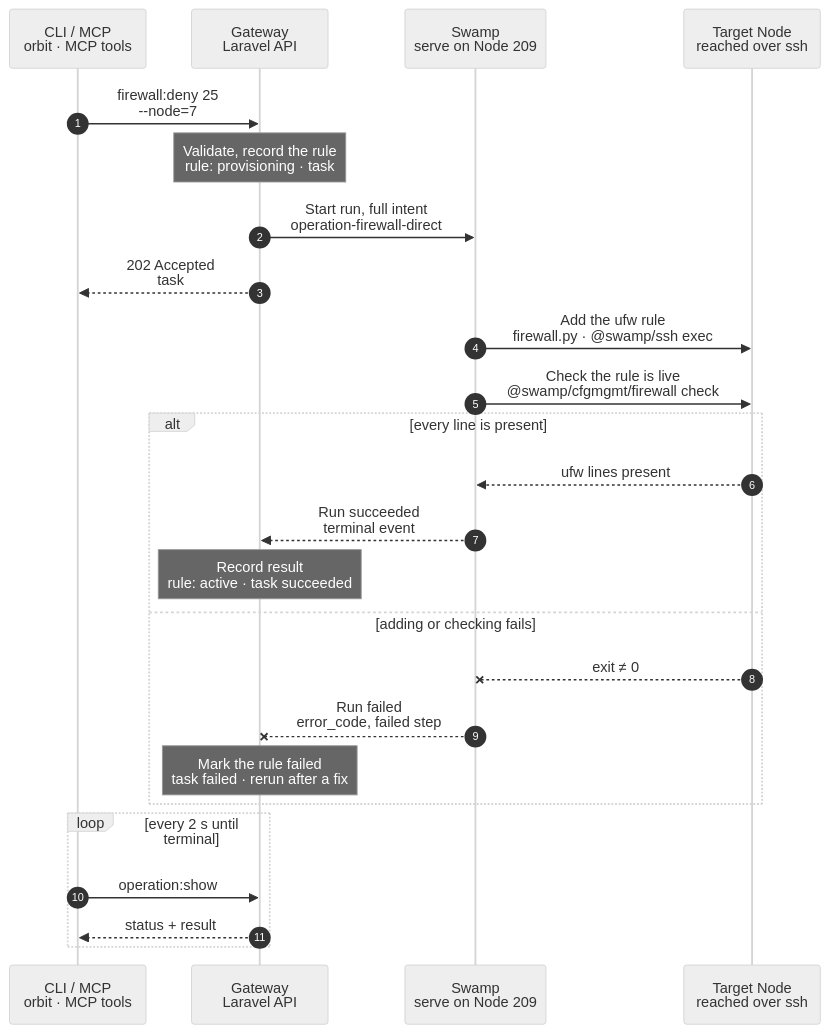
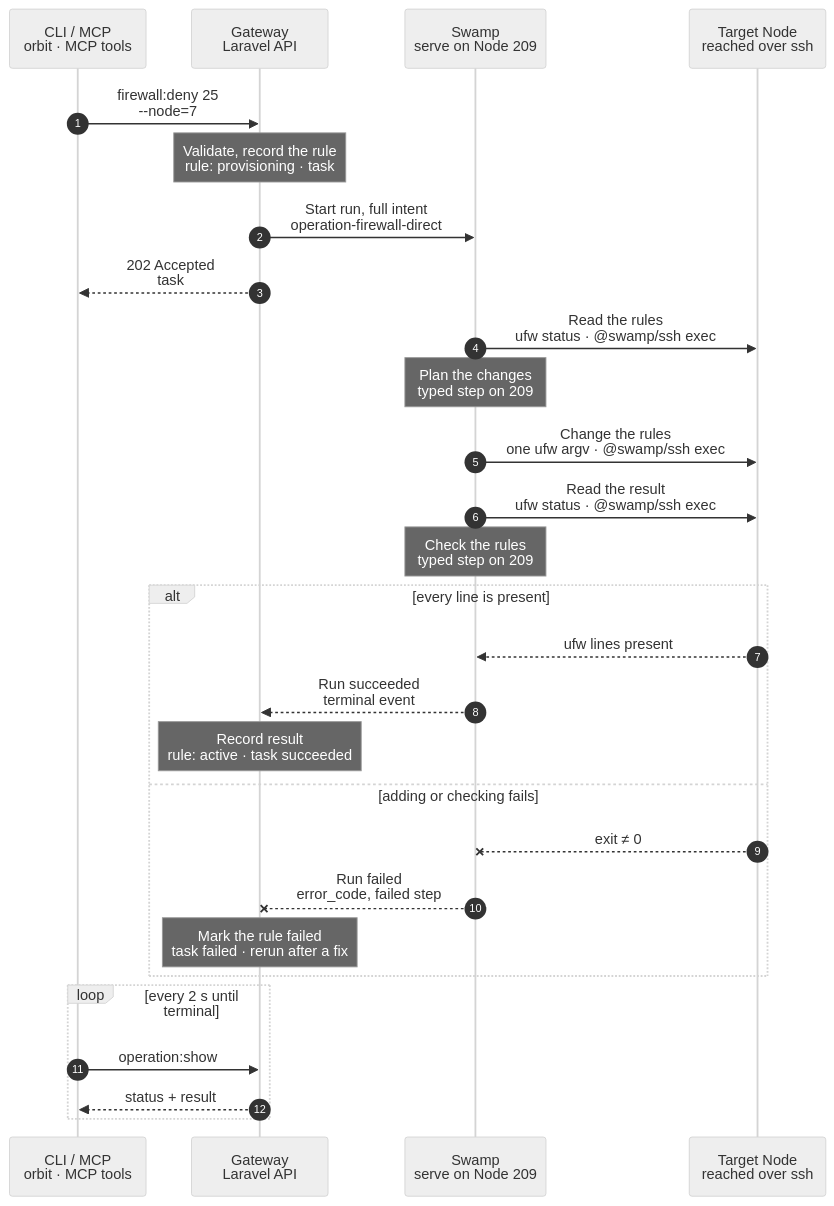
Before and after one commit to hardimpactdev/orbit: the diagram in docs/cli/firewall/deny.mmd, drawn with Mermaid (neutral theme). The commit also changed 19 other files, not shown here.

First line of the commit message:
feat(firewall): converge rules with one ufw argv per change; delete firewall.py (rule 22)

```diff
--- a/docs/cli/firewall/deny.mmd
+++ b/docs/cli/firewall/deny.mmd
@@ -1,110 +1,117 @@
 sequenceDiagram
   %% Target design: ADR 0244 task, ADR 0241 allowlists, DECISIONS R1-R4 + 5 (process.stop shape, shared SSH identity).
-  %% Tightened: flow-tighten 2026-11-02, rule 22 (firewall.py is the one named gap: cfgmgmt firewall has no insert position).
+  %% Tightened: flow-tighten 2026-11-03, rule 22 (no script: one ufw argv per change over @swamp/ssh exec; a typed step plans positions, Lab #4334).
   %% status: reviewed
   %% command: firewall:deny
   %% kind: firewall.deny
   autonumber
   %% lane CLI icon=terminal pill=caller tone=gray
   %% lane GW icon=gateway pill=intent tone=blue
   %% lane SW icon=workflow pill=executes tone=green
   %% lane N icon=server pill=target tone=amber
   participant CLI as CLI / MCP<br/>orbit · MCP tools
   participant GW as Gateway<br/>Laravel API
   participant SW as Swamp<br/>serve on Node 209
   participant N as Target Node<br/>reached over ssh
   CLI->>GW: firewall:deny 25<br/>--node=7
   %%> Command:
   %%> - `orbit firewall:deny 25 --node=7`
   %%> - syntax: `<port> --node=ID [--from=SOURCE] [--protocol=tcp|udp] [--label=TEXT]`
   %%> Input:
   %%> - the port as the argument: a number such as `25`, or a range such as `8000:8100`
   %%> - the Node, and optionally the source address and the protocol
   %%> - optionally a label or short description, for example `smtp`
   %%> Not accepted:
   %%> - service names such as `smtp` as the port
   %%> Who can call it:
   %%> - the `orbit` CLI and the MCP tool send the same request
   Note over GW: Validate, record the rule<br/>rule: provisioning · task #5132
   %%> Requirements:
   %%> - your Node has an access grant to Node 7
   %%> - Node 7 is an active Linux Node
   %%> - the port and source are valid
   %%> - Node 7 has no rule yet for the same port, protocol and source
   %%> - no opposite rule for the same port, protocol and source; an allow and a deny for exactly the same scope is refused (`firewall.rule_conflict`)
   %%> Allowed:
   %%> - overlapping rules with a different scope, for example deny `5432` from anywhere plus allow `5432` from one IP
   %%> - the port is not protected: SSH (22 and the recovery port), the WireGuard port, and the ports Orbit's own roles need can't be denied, so you can't cut a Node off
   %%> - no allow rule on Node 7 uses the same port, protocol and source
   %%> - no other firewall change runs on Node 7; the Gateway holds one lock per Node
   %%> Result:
   %%> - the rule for port 25 recorded with status provisioning
   %%> - task #5132 recorded with the full intent
   %%> - nothing has happened on the Node yet
   GW->>SW: Start run, full intent<br/>operation-firewall-direct
   %%> What it does:
   %%> - starts one Swamp run on serve (Node 209)
   %%> Inputs:
   %%> - the rule as exact ufw lines: port, protocol, source, direction
   %%> - Node 7's address and SSH host keys; the SSH identity comes from the `swamp` role
   GW-->>CLI: 202 Accepted<br/>task #5132
   %%> What you get:
   %%> - the task number, at once
   %%> Next:
   %%> - the CLI follows the task with `operation:show`
-  SW->>N: Add the ufw rule<br/>firewall.py · @swamp/ssh exec
+  SW->>N: Read the rules<br/>ufw status · @swamp/ssh exec
   %%> How:
-  %%> - Swamp reaches Node 7 over SSH from 209
-  %%> - `firewall.py` is sent as one `python3 -I -c` argument; nothing is copied to the Node
-  %%> Why a script:
-  %%> - the one named gap: `@swamp/cfgmgmt/firewall` cannot insert a rule at a position, and ufw stops at the first match
+  %%> - Swamp reaches Node 7 over SSH from 209 with the official `@swamp/ssh` behavior
+  %%> - refuses an inactive firewall (`firewall.backend_inactive`) before any change
+  Note over SW: Plan the changes<br/>typed step on 209
   %%> What it does:
-  %%> - adds one ufw deny line per port and protocol, commented with its label
+  %%> - turns ufw's numbered rows into the ufw commands this rule needs, in order
+  %%> - an insert position counts the rows as they will be after the earlier commands
   %%> Order:
   %%> - narrower rules go above broader ones, allow or deny, so an exception such as one IP wins over a rule for anywhere
   %%> - ufw stops at the first match, so Orbit sets this order on every change
   %%> - all operator rules sit above Orbit's own broad rules, such as WireGuard peer trust, so a deny on a port also applies to WireGuard peers
-  %%> - an existing identical line is left as it is
-  %%> - reads ufw back after the insert and exits non-zero when the order is wrong
-  SW->>N: Check the rule is live<br/>@swamp/cfgmgmt/firewall check
+  %%> Why typed, not cfgmgmt:
+  %%> - `@swamp/cfgmgmt/firewall` cannot insert at a position (Lab #4334) or name a port range
+  SW->>N: Change the rules<br/>one ufw argv · @swamp/ssh exec
   %%> What it does:
-  %%> - reads ufw back and checks every expected line is present
-  %%> - the order (narrower above broader) is read back by `firewall.py` in the step before
+  %%> - adds one ufw deny line per port, protocol and family, commented with its label
+  %%> - inserts each line at the position the plan names; an existing identical, well-placed line is left as it is
+  %%> - moves a line that sits in the wrong place: deletes it, then inserts it again
+  %%> - runs the planned commands one at a time; nothing is copied to the Node
+  SW->>N: Read the result<br/>ufw status · @swamp/ssh exec
+  Note over SW: Check the rules<br/>typed step on 209
+  %%> What it does:
+  %%> - checks every expected line is present, in narrow-first order
+  %%> - prints the public result; a line that ufw changed in between fails the check, and a rerun repairs it
   %%> Why:
   %%> - the rule only counts as active when ufw shows it
   alt every line is present
     N-->>SW: ufw lines present
     %%> Returns:
     %%> - the check passed for every line
     SW-->>GW: Run succeeded<br/>terminal event
     %%> How the Gateway learns it:
     %%> - its shared run reader sees the terminal event; Swamp never calls the Gateway
     Note over GW: Record result<br/>rule: active · task succeeded
     %%> Result:
     %%> - the rule for port 25 becomes active
     %%> - task #5132 succeeds
   else adding or checking fails
     N--xSW: exit ≠ 0
     %%> When:
     %%> - ufw refuses the line, SSH fails, or a line is missing after the add
     SW--xGW: Run failed<br/>error_code, failed step
     %%> The Gateway reads:
     %%> - which step failed and its error code
     Note over GW: Mark the rule failed<br/>task failed · rerun after a fix
     %%> Result:
     %%> - the rule for port 25 is marked failed, so you can see it
     %%> - task #5132 fails
     %%> On the Node:
     %%> - lines added before the failure stay; there is no rollback
     %%> - that is safe: the rule is marked failed, and a rerun skips lines that already exist
     %%> Retry:
     %%> - run the same command again after fixing the cause; it is a new task
   end
   loop every 2 s until terminal
     CLI->>GW: operation:show #5132
     %%> What it does:
     %%> - asks for the task's status every 2 seconds until it has ended
     GW-->>CLI: status + result
     %%> Returns:
     %%> - the current status, and the result once the task has ended
   end
```
